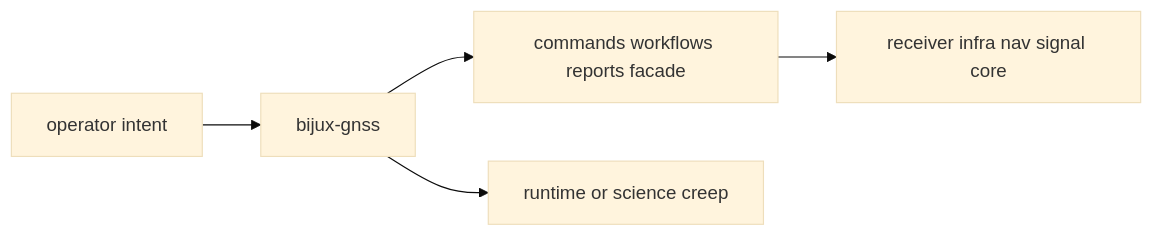
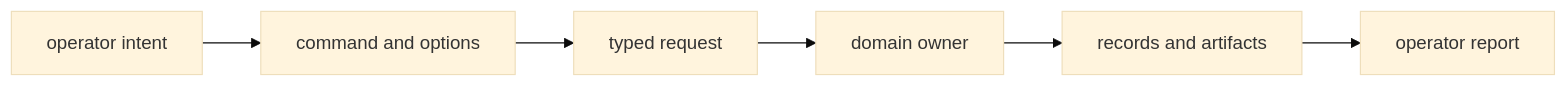
One commit to bijux/bijux-telecom changed the first of 2 diagrams in docs/01-bijux-gnss/foundation/index.md. Above: the diagram before and after it, drawn with Mermaid (base theme). The commit also changed other lines of this file and 1 other file, not shown here.

Commit message:
docs(command): orient operators by intent and evidence

````diff
--- a/docs/01-bijux-gnss/foundation/index.md
+++ b/docs/01-bijux-gnss/foundation/index.md
@@ -18,11 +20,11 @@
 ```mermaid
 flowchart LR
-    operator["operator intent"]
-    gnss["bijux-gnss"]
-    contracts["commands workflows reports facade"]
-    downstream["receiver infra nav signal core"]
-    drift["runtime or science creep"]
+    intent["operator intent"]
+    syntax["command and options"]
+    request["typed request"]
+    owner["domain owner"]
+    evidence["records and artifacts"]
+    report["operator report"]
 
-    operator --> gnss --> contracts --> downstream
-    gnss --> drift
+    intent --> syntax --> request --> owner --> evidence --> report
 ```
````
